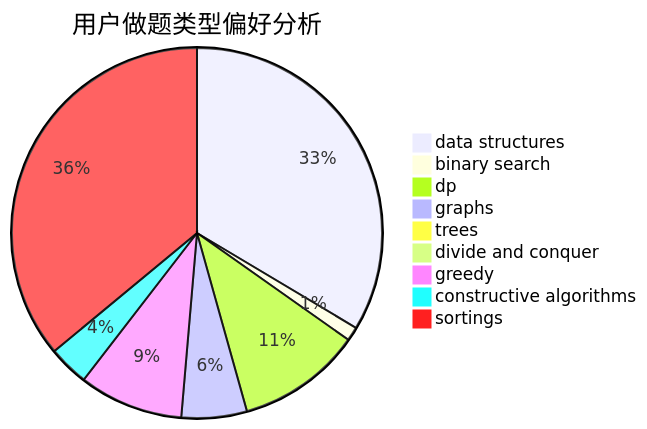
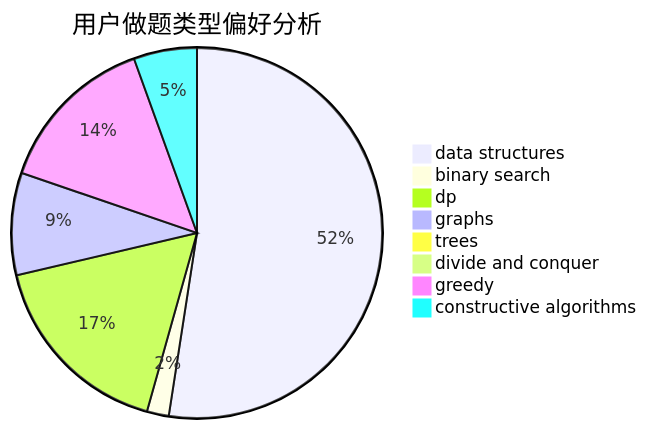
One commit to sherpahu/cfrs.github.io changed the second of 3 diagrams in docs/user/u2477.md. Above: the diagram before and after it, drawn with Mermaid. The commit also changed other lines of this file and 2769 other files, not shown here.

````diff
--- a/docs/user/u2477.md
+++ b/docs/user/u2477.md
@@ -18,12 +18,11 @@
 ```mermaid
 pie title 用户做题类型偏好分析
     "data structures" :  247
     "binary search" :  9
     "dp" :  80
     "graphs" :  42
     "trees" :  4
     "divide and conquer" :  0
     "greedy" :  67
     "constructive algorithms" :  26
-    "sortings" :  265
 ```
````
